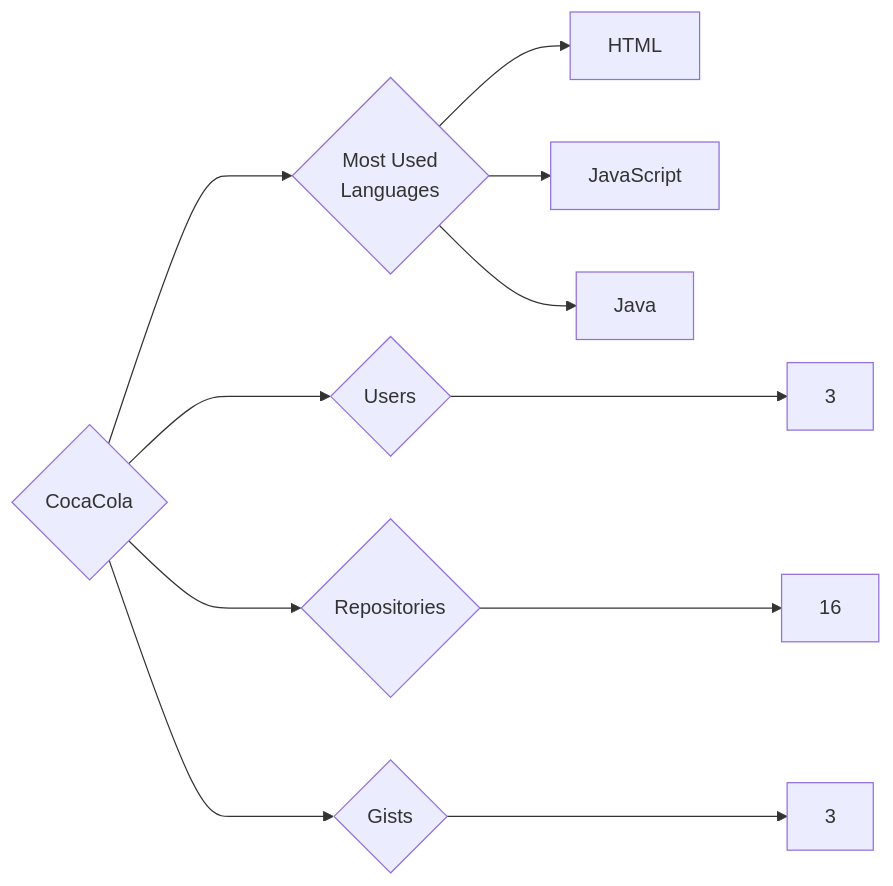
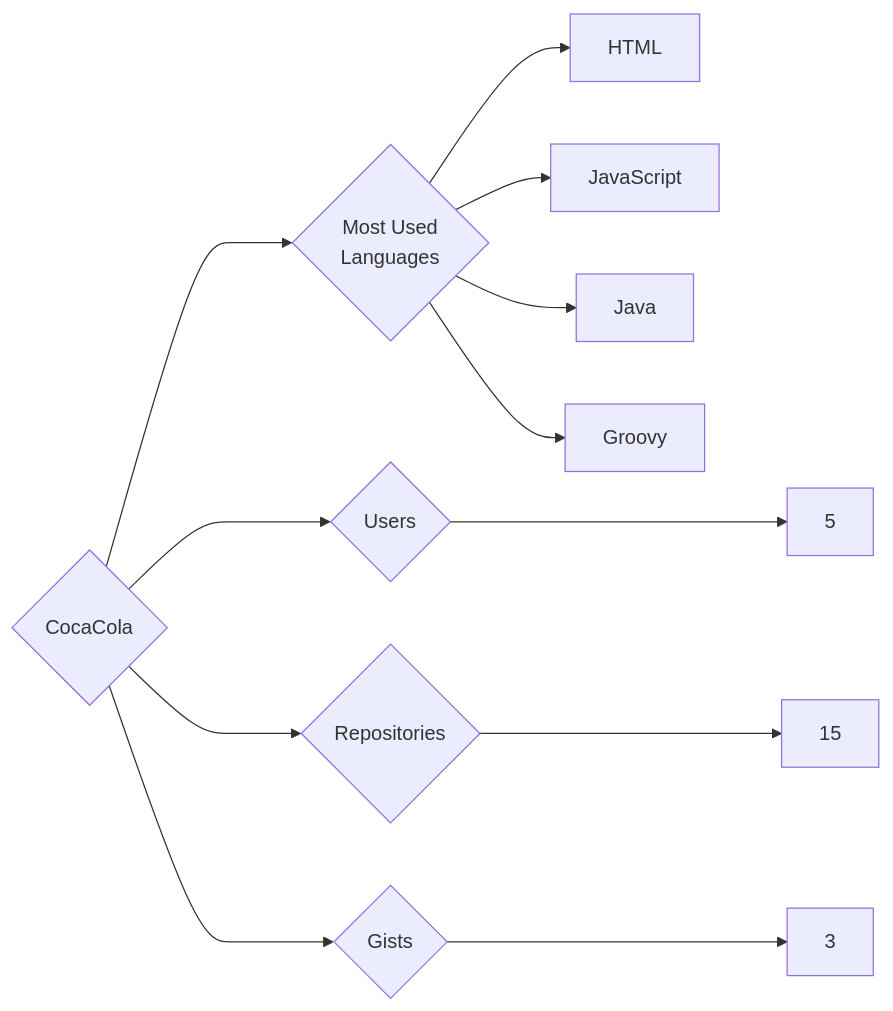
One commit to trickest/insiders changed the diagram in targets/CocaCola/README.md. Above: the diagram before and after it, drawn with Mermaid. The commit also changed 775 other files, not shown here.

````diff
--- a/targets/CocaCola/README.md
+++ b/targets/CocaCola/README.md
@@ -3,11 +3,12 @@
 ```mermaid
 graph LR
 COMPANY_NAME{CocaCola}
-COMPANY_NAME ---> U{Users} ---> UN[3]
-COMPANY_NAME ---> R{Repositories} ---> RN[16]
+COMPANY_NAME ---> U{Users} ---> UN[5]
+COMPANY_NAME ---> R{Repositories} ---> RN[15]
 COMPANY_NAME ---> G{Gists} ---> GN[3]
 COMPANY_NAME ---> ML{Most Used<br>Languages}
 ML --> HTML[HTML]
 ML --> JavaScript[JavaScript]
 ML --> Java[Java]
+ML --> Groovy[Groovy]
 ```
````
